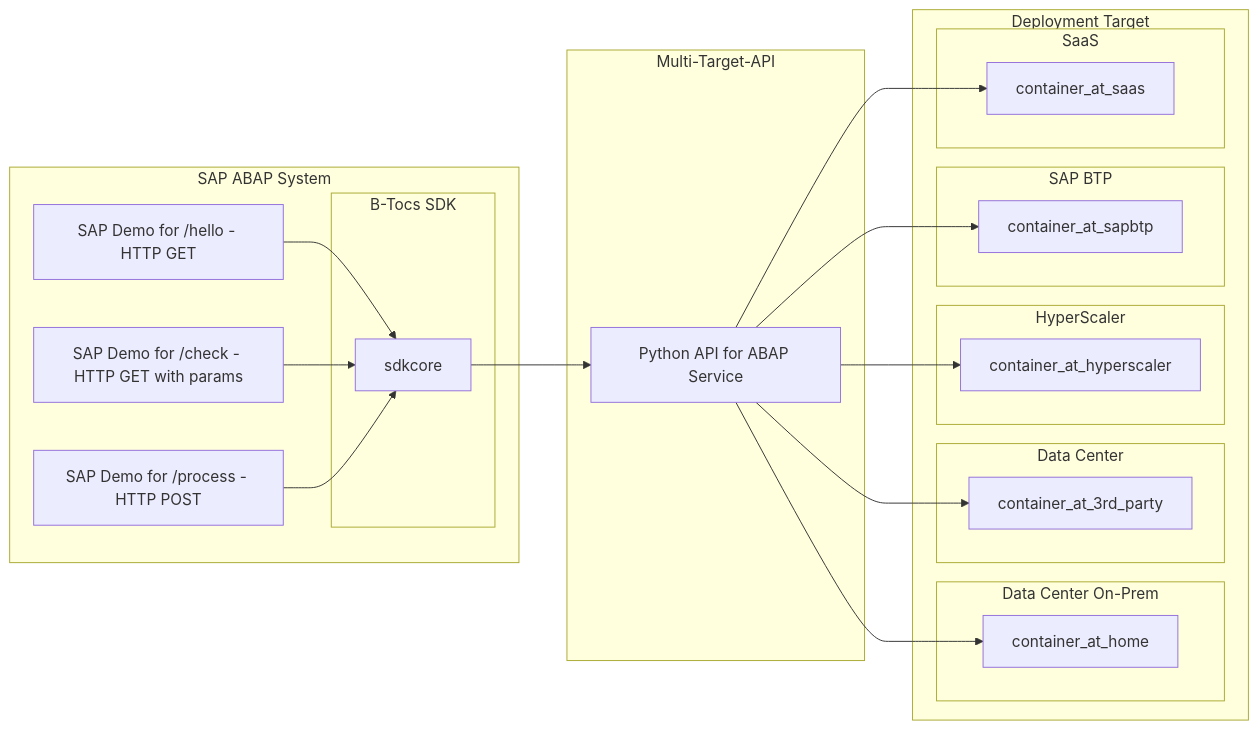
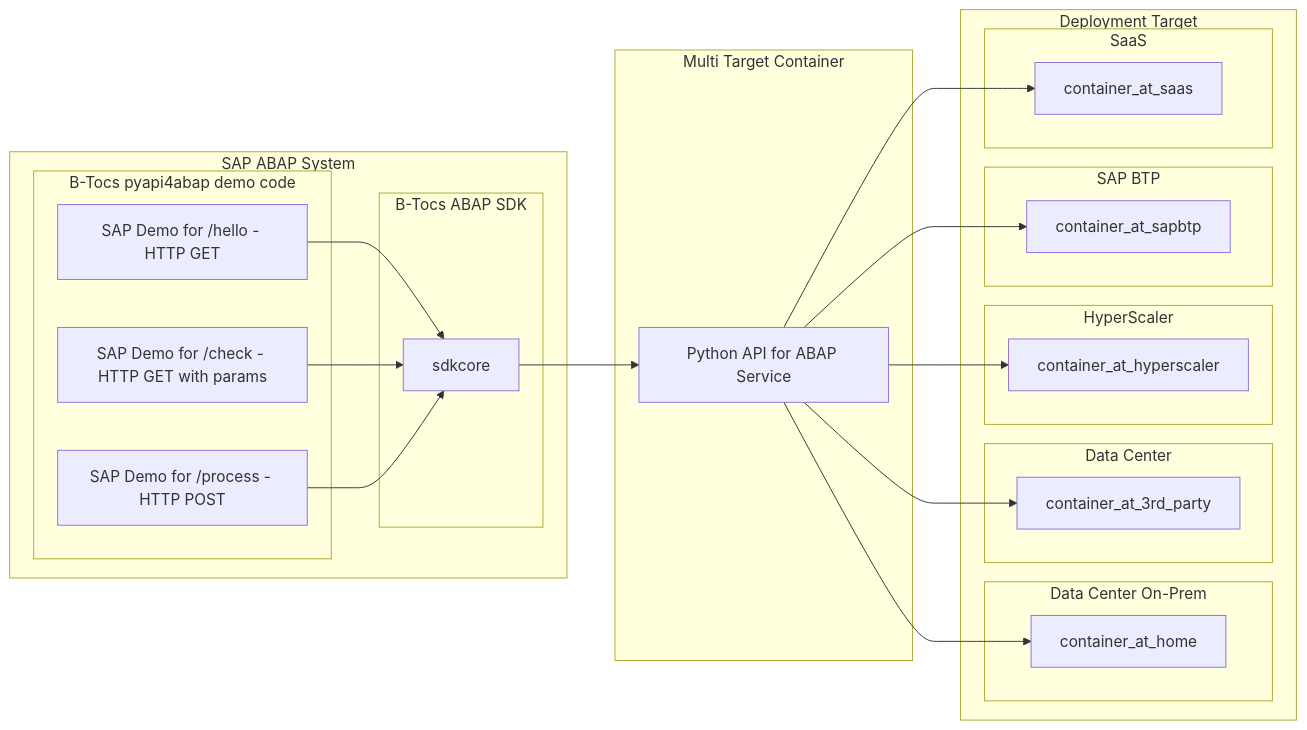
Before and after one commit to b-tocs/pyapi4abap: the diagram in README.md, drawn with Mermaid.

````diff
--- a/README.md
+++ b/README.md
@@ -15,48 +15,52 @@
 ```mermaid
 flowchart LR
-    subgraph cloud-native-container["Multi-Target-API"]
+    subgraph cloud-native-container["Multi Target Container"]
         pyapi4abap["Python API for ABAP Service"]
 
     end
 
     subgraph sap["SAP ABAP System"]
-        sap_hello["SAP Demo for /hello - HTTP GET"]
-        sap_check["SAP Demo for /check - HTTP GET with params"]
-        sap_process[SAP Demo for /process - HTTP POST]
+
+        subgraph demo_code["B-Tocs pyapi4abap demo code"]
+            sap_hello["SAP Demo for /hello - HTTP GET"]
+            sap_check["SAP Demo for /check - HTTP GET with params"]
+            sap_process[SAP Demo for /process - HTTP POST]
+        end
+
        
-        subgraph sdk["B-Tocs SDK"]
+        subgraph sdk["B-Tocs ABAP SDK"]
             sdkcore-->pyapi4abap
         end
        
         sap_hello-->sdkcore
         sap_check-->sdkcore
         sap_process-->sdkcore
     end
 
  
 
     subgraph cloud-native-world["Deployment Target"]
         subgraph onpremise["Data Center On-Prem"]
             container_at_home
         end
         subgraph datacenter["Data Center"]
             container_at_3rd_party
         end
         subgraph hyperscaler["HyperScaler"]
             container_at_hyperscaler
         end
         subgraph sapbtp["SAP BTP"]
             container_at_sapbtp
         end
         subgraph saas["SaaS"]
             container_at_saas
         end
     end
 
     pyapi4abap --> container_at_home    
     pyapi4abap --> container_at_3rd_party
     pyapi4abap --> container_at_hyperscaler    
     pyapi4abap --> container_at_sapbtp
     pyapi4abap --> container_at_saas
 
 ```
````
